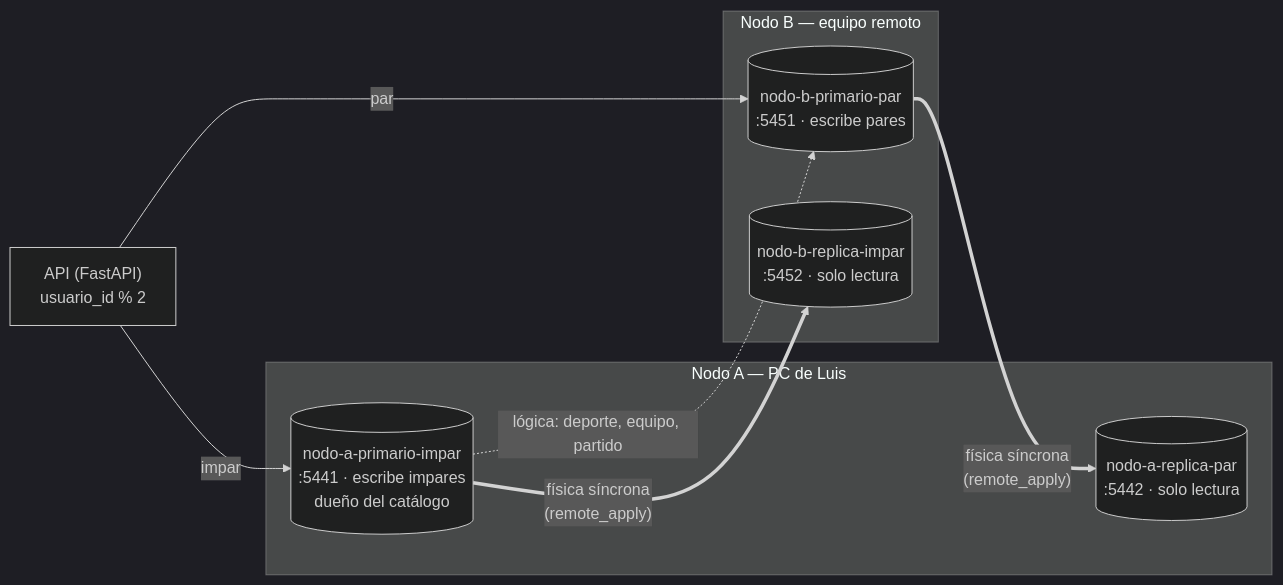
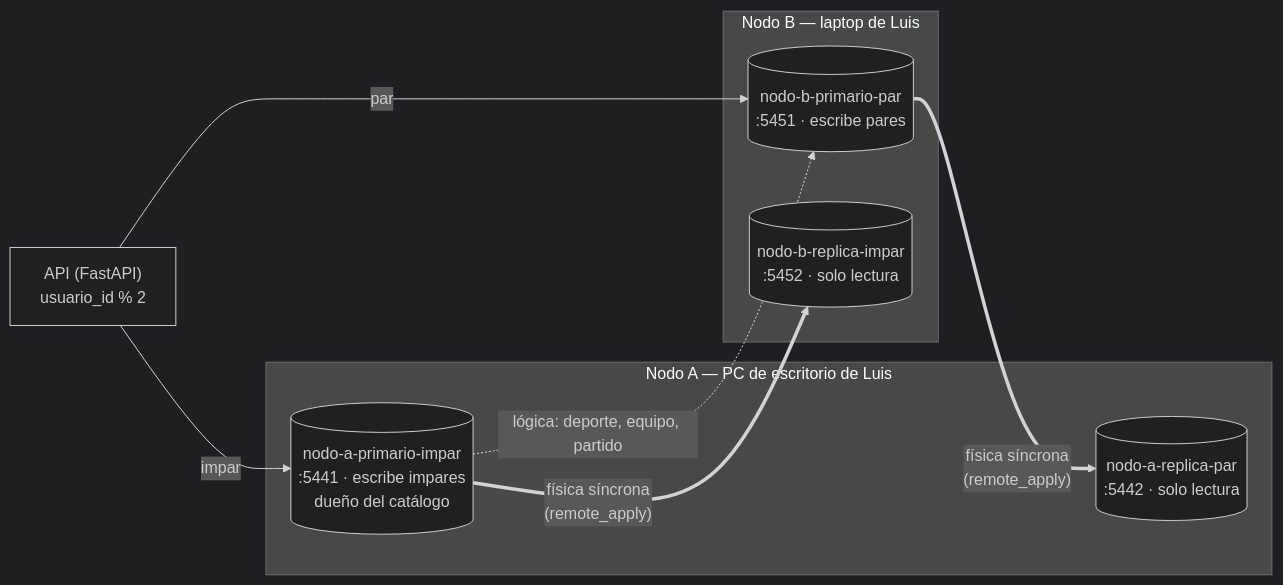
The diagram in database/distribuido/README.md (BankDoIt-Equipo04/bank-do-it), drawn with Mermaid (dark theme) before and after one commit. The commit also changed other lines of this file and 6 other files, not shown here.

First line of the commit message:
docs: asignar la PC de escritorio de Luis como Nodo A y su laptop como Nodo B

````diff
--- a/database/distribuido/README.md
+++ b/database/distribuido/README.md
@@ -9,20 +9,20 @@
 ```mermaid
 flowchart LR
     API["API (FastAPI)<br/>usuario_id % 2"]
 
-    subgraph A["Nodo A — PC de Luis"]
+    subgraph A["Nodo A — PC de escritorio de Luis"]
         AP[("nodo-a-primario-impar<br/>:5441 · escribe impares<br/>dueño del catálogo")]
         AR[("nodo-a-replica-par<br/>:5442 · solo lectura")]
     end
 
-    subgraph B["Nodo B — equipo remoto"]
+    subgraph B["Nodo B — laptop de Luis"]
         BP[("nodo-b-primario-par<br/>:5451 · escribe pares")]
         BR[("nodo-b-replica-impar<br/>:5452 · solo lectura")]
     end
 
     API -- "impar" --> AP
     API -- "par" --> BP
     AP == "física síncrona<br/>(remote_apply)" ==> BR
     BP == "física síncrona<br/>(remote_apply)" ==> AR
     AP -. "lógica: deporte, equipo, partido" .-> BP
 ```
````
